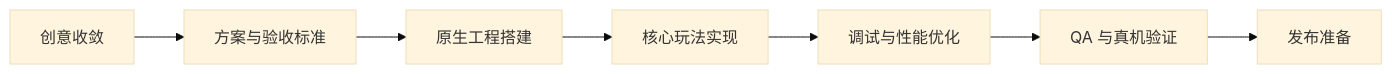
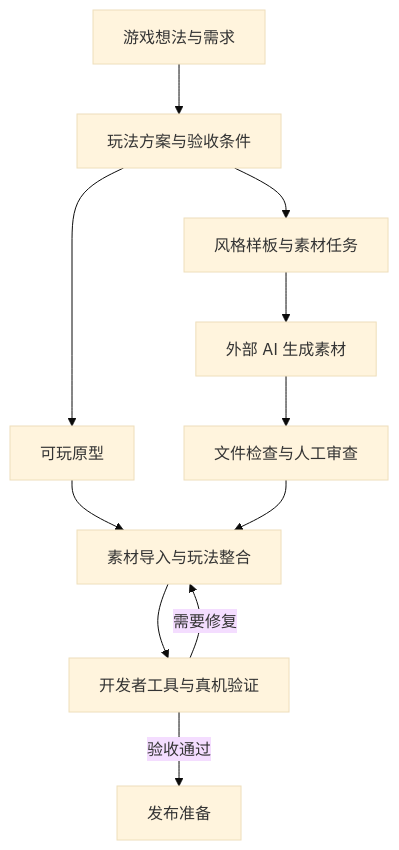
Before and after one commit to dandeshuitaleng-png/wechat-mini-game-delivery: the diagram in README.md, drawn with Mermaid (base theme). The commit also changed other lines of this file, not shown here.

````diff
--- a/README.md
+++ b/README.md
@@ -22,9 +23,13 @@
 ```mermaid
-flowchart LR
-    A[创意收敛] --> B[方案与验收标准]
-    B --> C[原生工程搭建]
-    C --> D[核心玩法实现]
-    D --> E[调试与性能优化]
-    E --> F[QA 与真机验证]
-    F --> G[发布准备]
+flowchart TD
+    A[游戏想法与需求] --> B[玩法方案与验收条件]
+    B --> C[可玩原型]
+    B --> D[风格样板与素材任务]
+    D --> E[外部 AI 生成素材]
+    E --> F[文件检查与人工审查]
+    C --> G[素材导入与玩法整合]
+    F --> G
+    G --> H[开发者工具与真机验证]
+    H -->|需要修复| G
+    H -->|验收通过| I[发布准备]
 ```
````
